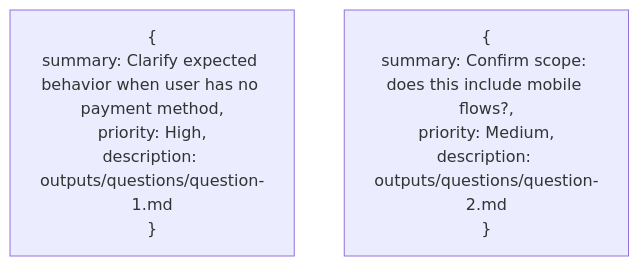
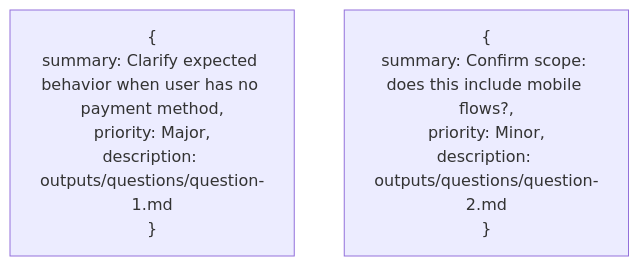
The fifth of 10 diagrams in snapshots/story_questions.md (uladzimir-klyshevich-epam/dmtools-agents), drawn with Mermaid before and after one commit. The commit also changed other lines of this file and 11 other files, not shown here.

First line of the commit message:
fix: use standard Jira priority names (Blocker/Critical/Major/Minor/Trivial)

````diff
--- a/snapshots/story_questions.md
+++ b/snapshots/story_questions.md
@@ -151,5 +151,5 @@
 ```mermaid
 flowchart TD
-    E1["{<br/>summary: Clarify expected behavior when user has no payment method,<br/>priority: High,<br/>description: outputs/questions/question-1.md<br/>}"]
-    E2["{<br/>summary: Confirm scope: does this include mobile flows?,<br/>priority: Medium,<br/>description: outputs/questions/question-2.md<br/>}"]
+    E1["{<br/>summary: Clarify expected behavior when user has no payment method,<br/>priority: Major,<br/>description: outputs/questions/question-1.md<br/>}"]
+    E2["{<br/>summary: Confirm scope: does this include mobile flows?,<br/>priority: Minor,<br/>description: outputs/questions/question-2.md<br/>}"]
 ```
````
